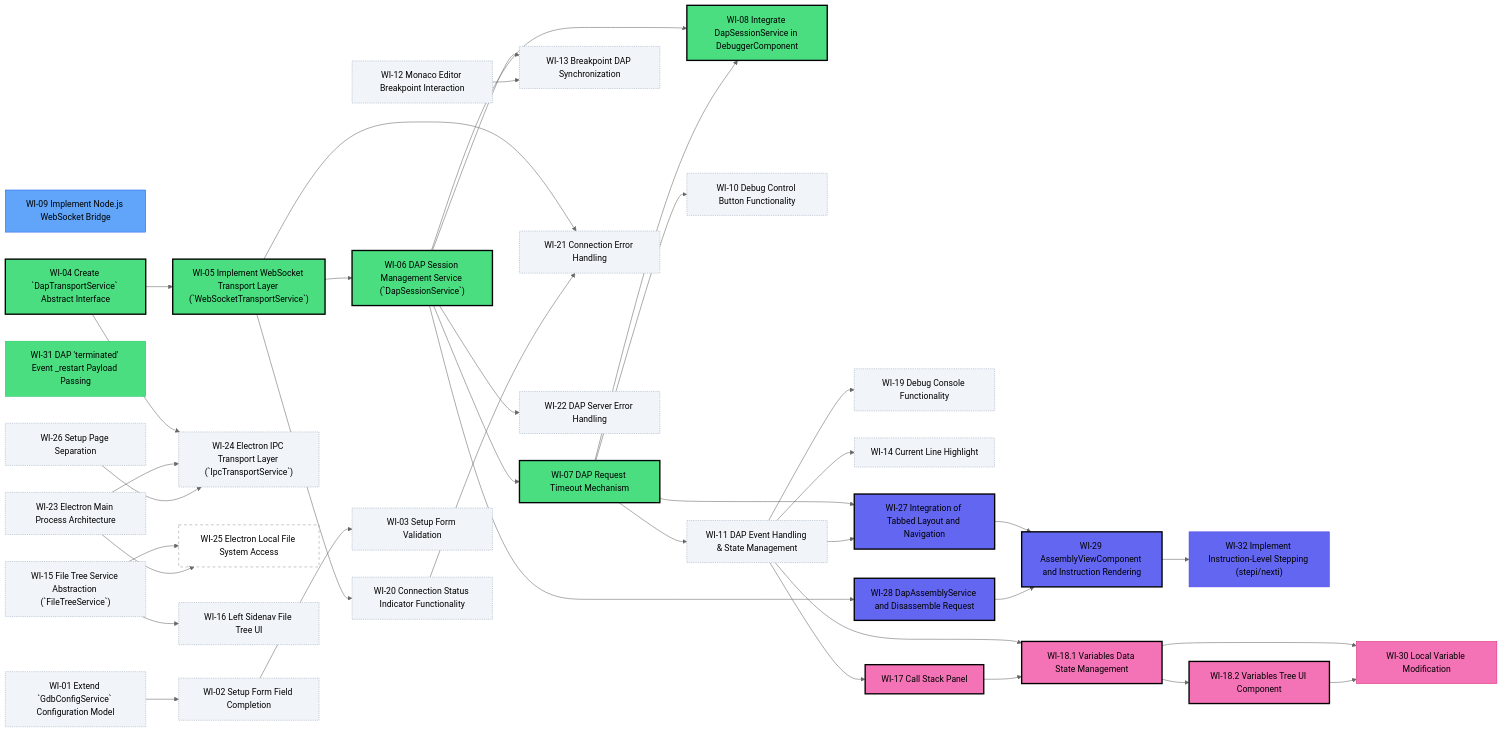
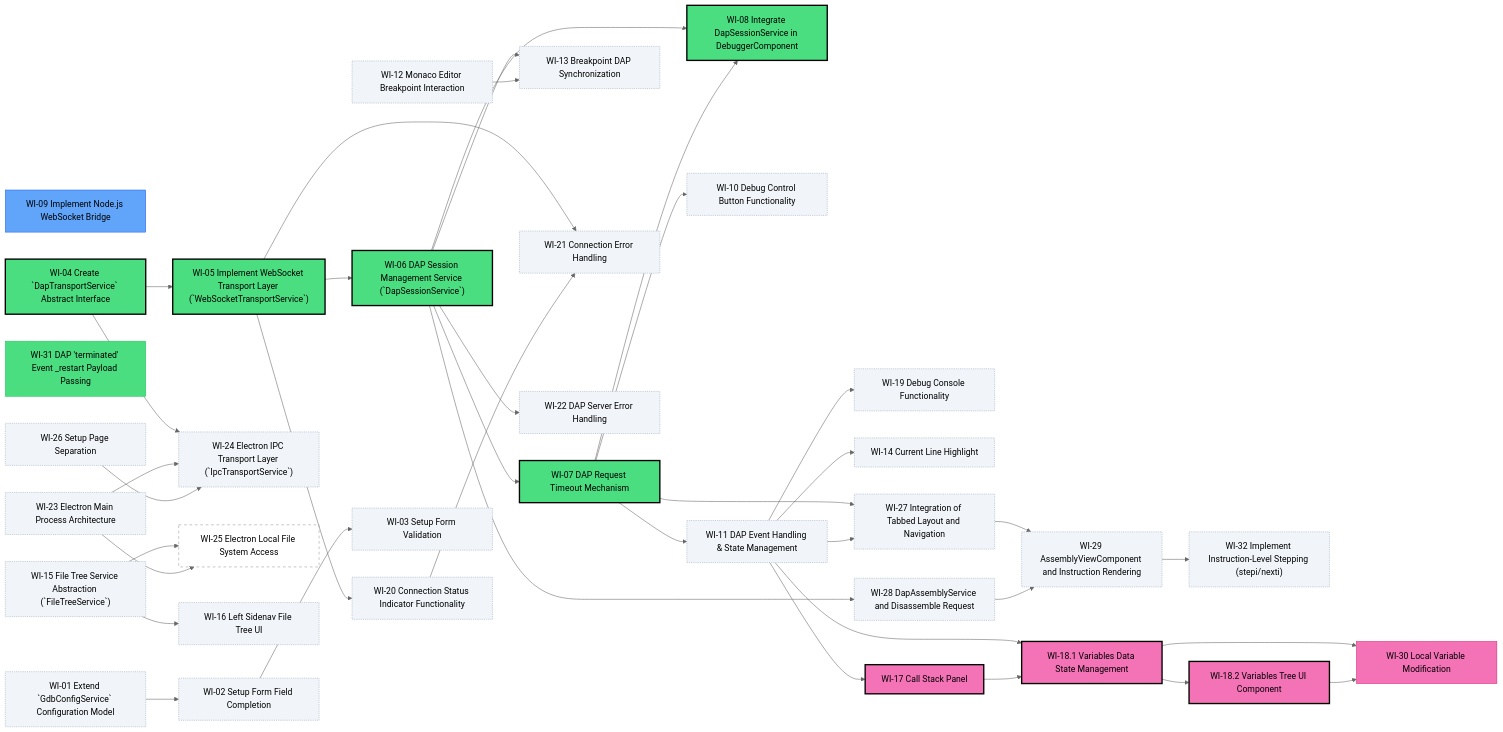
The diagram in docs/project-roadmap.md (tangpo387-arch/taro-debugger), drawn with Mermaid (neutral theme) before and after one commit. The commit also changed other lines of this file and 13 other files, not shown here.

```diff
--- a/docs/project-roadmap.md
+++ b/docs/project-roadmap.md
@@ -100,10 +100,10 @@
     style WI_22 fill:#f1f5f9,stroke:#94a3b8,stroke-width:1px,stroke-dasharray:2
     style WI_15 fill:#f1f5f9,stroke:#94a3b8,stroke-width:1px,stroke-dasharray:2
     style WI_16 fill:#f1f5f9,stroke:#94a3b8,stroke-width:1px,stroke-dasharray:2
-    style WI_27 fill:#6366f1,stroke:#000,stroke-width:2.5px
-    style WI_28 fill:#6366f1,stroke:#000,stroke-width:2.5px
-    style WI_29 fill:#6366f1,stroke:#000,stroke-width:2.5px
-    style WI_32 fill:#6366f1,stroke:#4f46e5
+    style WI_27 fill:#f1f5f9,stroke:#94a3b8,stroke-width:1px,stroke-dasharray:2
+    style WI_28 fill:#f1f5f9,stroke:#94a3b8,stroke-width:1px,stroke-dasharray:2
+    style WI_29 fill:#f1f5f9,stroke:#94a3b8,stroke-width:1px,stroke-dasharray:2
+    style WI_32 fill:#f1f5f9,stroke:#94a3b8,stroke-width:1px,stroke-dasharray:2
     style WI_01 fill:#f1f5f9,stroke:#94a3b8,stroke-width:1px,stroke-dasharray:2
     style WI_02 fill:#f1f5f9,stroke:#94a3b8,stroke-width:1px,stroke-dasharray:2
     style WI_03 fill:#f1f5f9,stroke:#94a3b8,stroke-width:1px,stroke-dasharray:2
```
